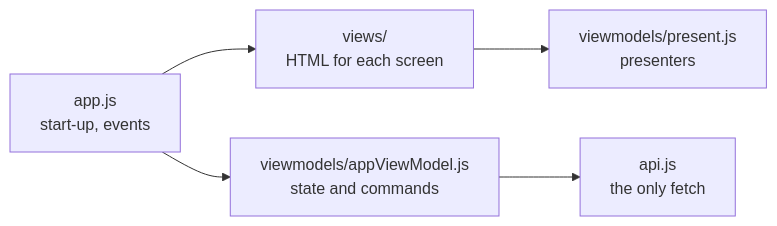
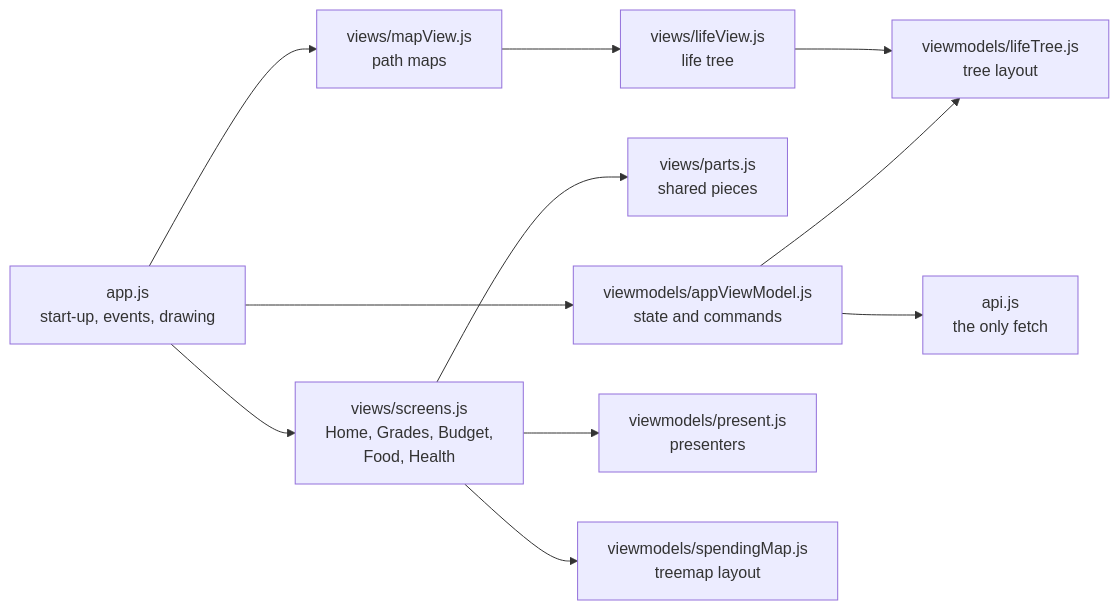
The fifth of 6 diagrams in docs/02-design/trd.md (sih2006/Everything-A-Monash-Malaysia-Student-Would-Need), drawn with Mermaid before and after one commit. The commit also changed other lines of this file and 30 other files, not shown here.

````diff
--- a/docs/02-design/trd.md
+++ b/docs/02-design/trd.md
@@ -86,7 +97,13 @@
 ```mermaid
 flowchart LR
-  app[app.js<br/>start-up, events] --> views[views/<br/>HTML for each screen]
+  app[app.js<br/>start-up, events, drawing] --> screens[views/screens.js<br/>Home, Grades, Budget,<br/>Food, Health]
+  app --> mapv[views/mapView.js<br/>path maps]
+  mapv --> lifev[views/lifeView.js<br/>life tree]
+  screens --> parts[views/parts.js<br/>shared pieces]
   app --> vm[viewmodels/appViewModel.js<br/>state and commands]
-  views --> present[viewmodels/present.js<br/>presenters]
+  screens --> present[viewmodels/present.js<br/>presenters]
+  screens --> smap[viewmodels/spendingMap.js<br/>treemap layout]
+  lifev --> ltree[viewmodels/lifeTree.js<br/>tree layout]
   vm --> apijs[api.js<br/>the only fetch]
+  vm --> ltree
 ```
````
